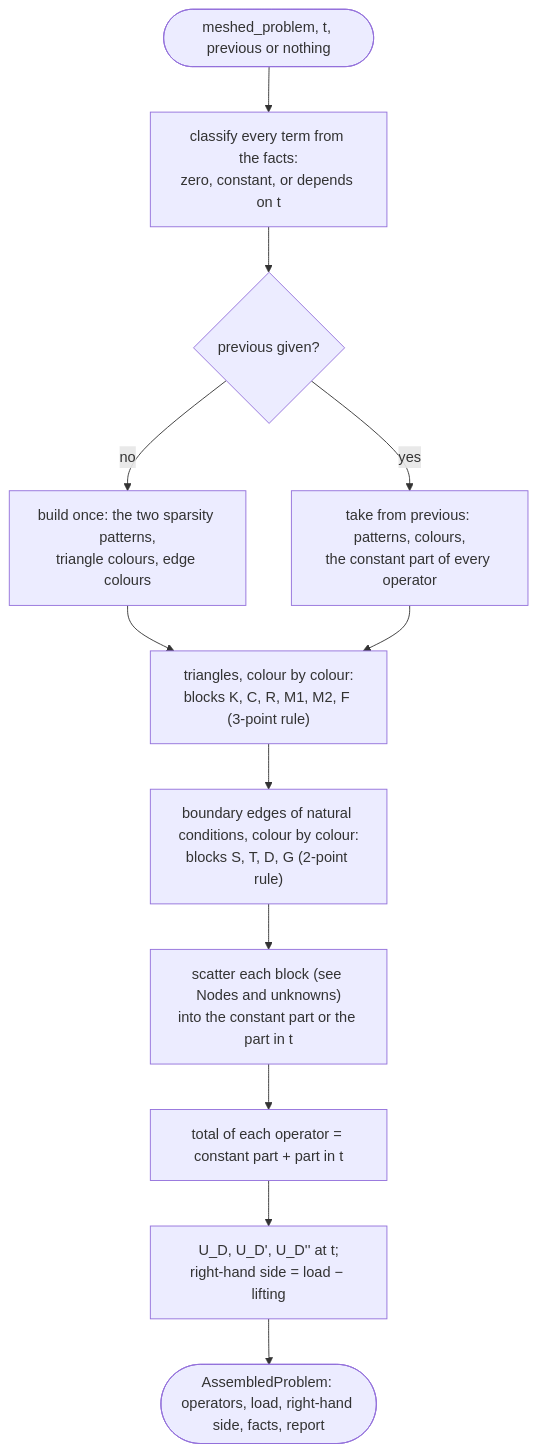
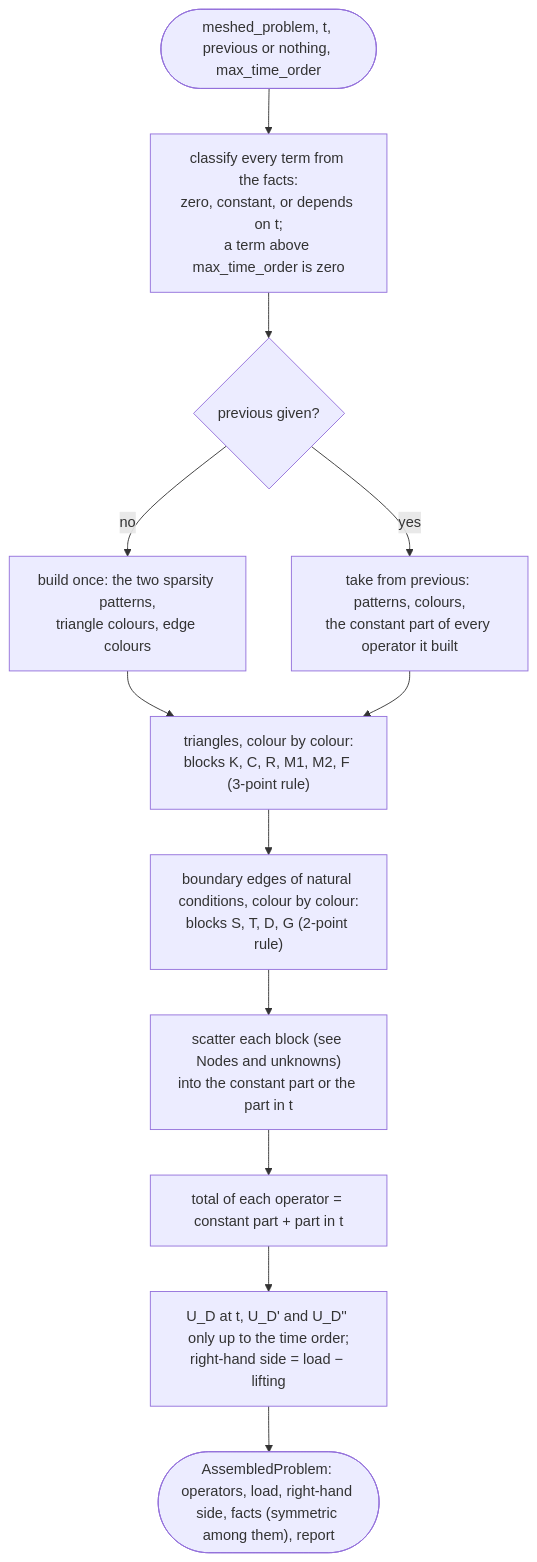
One commit to dmglushko/2d-pde changed the eighth of 11 diagrams in docs/architecture.md. Above: the diagram before and after it, drawn with Mermaid. The commit also changed other lines of this file and 1 other file, not shown here.

First line of the commit message:
Document max_time_order, symmetry facts, solver requirements and time orders per method

````diff
--- a/docs/architecture.md
+++ b/docs/architecture.md
@@ -339,19 +340,19 @@
 ```mermaid
 flowchart TD
-    START(["meshed_problem, t, previous or nothing"])
-    PLAN["classify every term from the facts:<br/>zero, constant, or depends on t"]
+    START(["meshed_problem, t, previous or nothing, max_time_order"])
+    PLAN["classify every term from the facts:<br/>zero, constant, or depends on t;<br/>a term above max_time_order is zero"]
     HAVE{"previous given?"}
     STRUCT["build once: the two sparsity patterns,<br/>triangle colours, edge colours"]
-    REUSE["take from previous: patterns, colours,<br/>the constant part of every operator"]
+    REUSE["take from previous: patterns, colours,<br/>the constant part of every operator it built"]
     TRI["triangles, colour by colour:<br/>blocks K, C, R, M1, M2, F (3-point rule)"]
     EDGE["boundary edges of natural conditions, colour by colour:<br/>blocks S, T, D, G (2-point rule)"]
     SCAT["scatter each block (see Nodes and unknowns)<br/>into the constant part or the part in t"]
     TOT["total of each operator = constant part + part in t"]
-    RHS["U_D, U_D', U_D'' at t;<br/>right-hand side = load − lifting"]
-    OUT(["AssembledProblem: operators, load, right-hand side, facts, report"])
+    RHS["U_D at t, U_D' and U_D'' only up to the time order;<br/>right-hand side = load − lifting"]
+    OUT(["AssembledProblem: operators, load, right-hand side, facts (symmetric among them), report"])
 
     START --> PLAN --> HAVE
     HAVE -- no --> STRUCT --> TRI
     HAVE -- yes --> REUSE --> TRI
     TRI --> EDGE --> SCAT --> TOT --> RHS --> OUT
 ```
````
